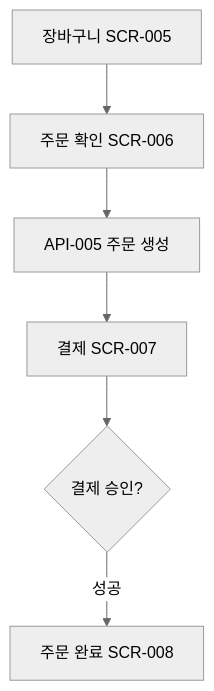
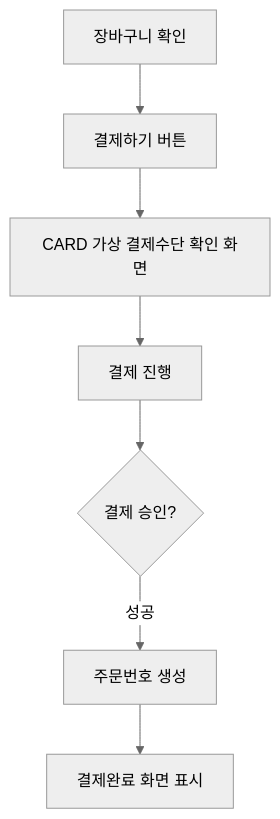
Before and after one commit to hagenie128/ASAK: the fifth of 25 diagrams in docs/wiki/user-scenarios.md, drawn with Mermaid (neutral theme). The commit also changed other lines of this file and 241 other files, not shown here.

````diff
--- a/docs/wiki/user-scenarios.md
+++ b/docs/wiki/user-scenarios.md
@@ -80,8 +79,9 @@
 ```mermaid
 flowchart TD
-    A[장바구니 SCR-005] --> B[주문 확인 SCR-006]
-    B --> C[API-005 주문 생성]
-    C --> D[결제 SCR-007]
+    A[장바구니 확인] --> B[결제하기 버튼]
+    B --> C[CARD 가상 결제수단 확인 화면]
+    C --> D[결제 진행]
     D --> E{결제 승인?}
-    E -->|성공| F[주문 완료 SCR-008]
+    E -->|성공| F[주문번호 생성]
+    F --> G[결제완료 화면 표시]
 ```
````
